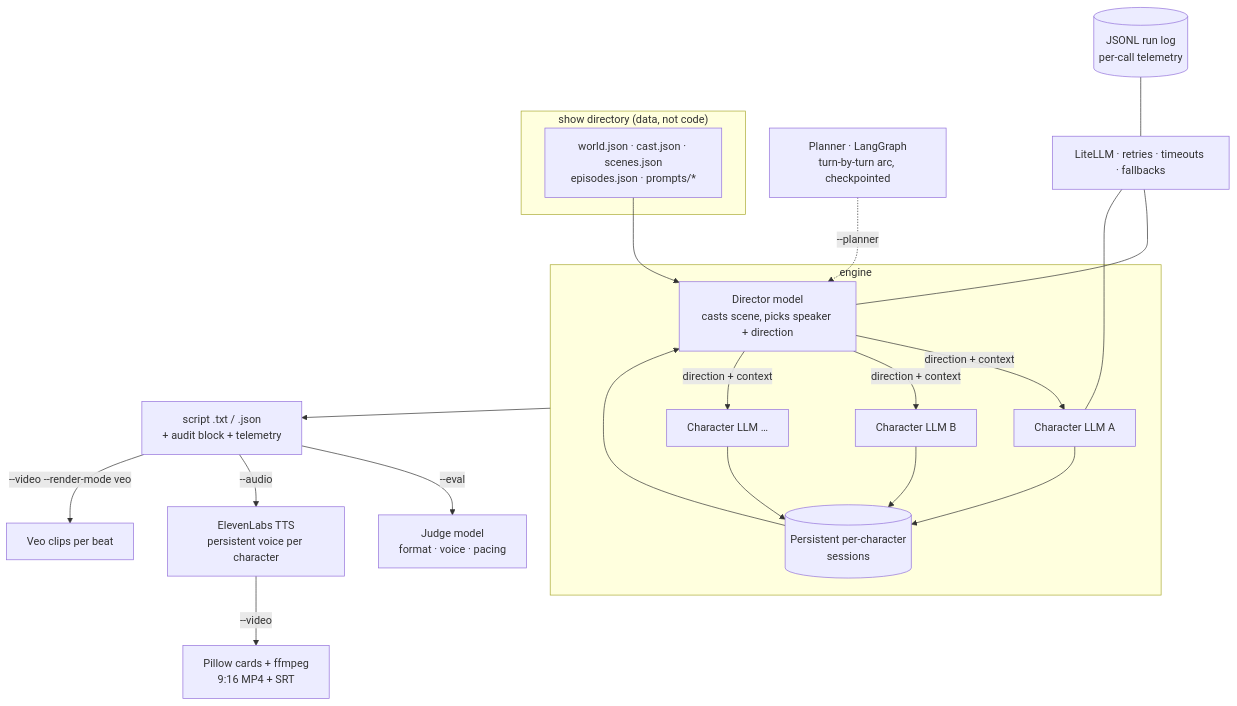
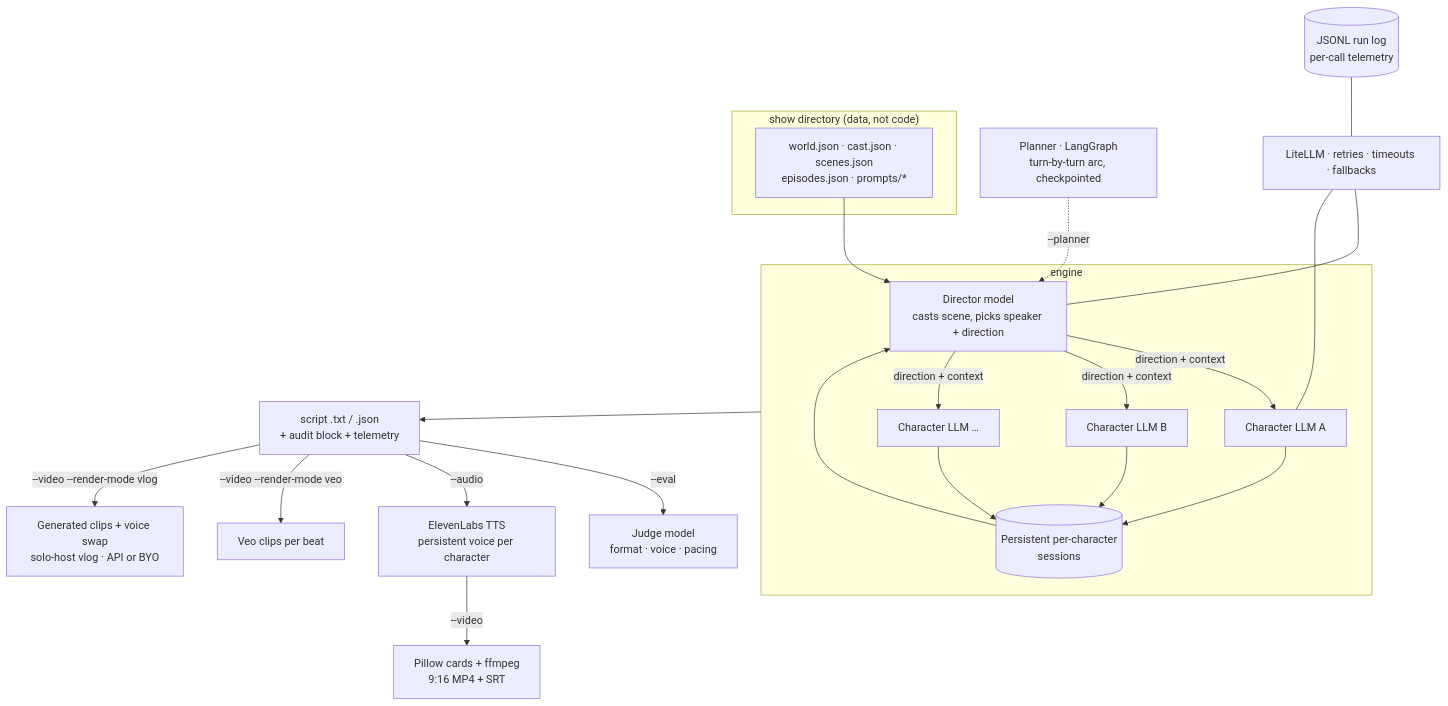
The diagram in README.md (cayhil/exec-producer), drawn with Mermaid before and after one commit. The commit also changed other lines of this file and 19 other files, not shown here.

````diff
--- a/README.md
+++ b/README.md
@@ -62,25 +65,26 @@
 ```mermaid
 flowchart TD
     subgraph SHOW["show directory (data, not code)"]
         W[world.json · cast.json · scenes.json<br/>episodes.json · prompts/*]
     end
     subgraph ENGINE["engine"]
         D[Director model<br/>casts scene, picks speaker + direction]
         C1[Character LLM A]
         C2[Character LLM B]
         C3[Character LLM …]
         S[(Persistent per-character<br/>sessions)]
     end
     P[Planner · LangGraph<br/>turn-by-turn arc, checkpointed] -.->|--planner| D
     W --> D
     D -->|direction + context| C1 & C2 & C3
     C1 & C2 & C3 --> S --> D
     ENGINE --> OUT[script .txt / .json<br/>+ audit block + telemetry]
     OUT -->|--eval| J[Judge model<br/>format · voice · pacing]
     OUT -->|--audio| A[ElevenLabs TTS<br/>persistent voice per character]
     A -->|--video| V[Pillow cards + ffmpeg<br/>9:16 MP4 + SRT]
     OUT -->|--video --render-mode veo| VEO[Veo clips per beat]
+    OUT -->|--video --render-mode vlog| VL[Generated clips + voice swap<br/>solo-host vlog · API or BYO]
     LL[LiteLLM · retries · timeouts · fallbacks] --- D
     LL --- C1
     TEL[(JSONL run log<br/>per-call telemetry)] --- LL
 ```
````
